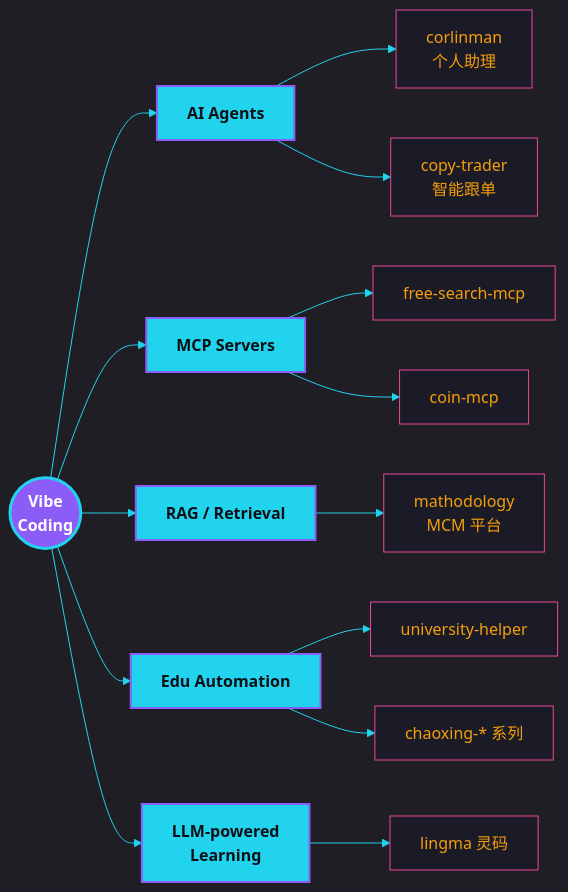
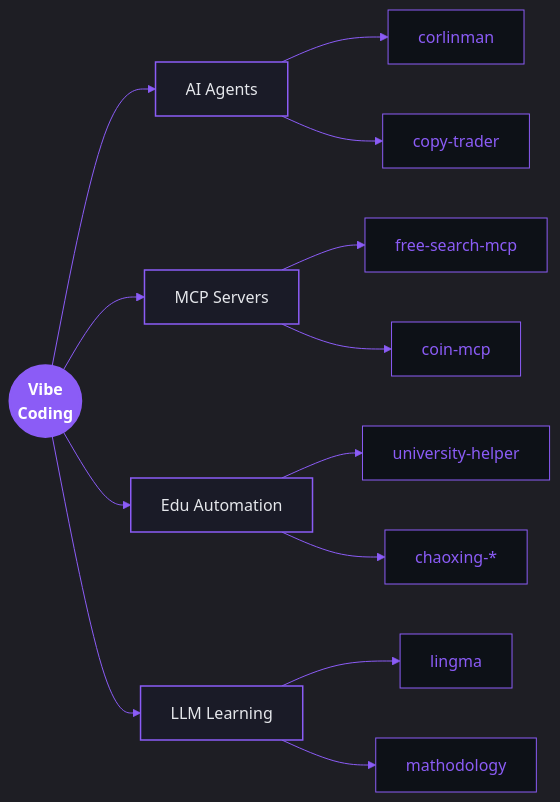
The diagram in README.md (sweetcornna/sweetcornna), drawn with Mermaid before and after one commit. The commit also changed other lines of this file and 5 other files, not shown here.

````diff
--- a/README.md
+++ b/README.md
@@ -87,22 +72,21 @@
 ```mermaid
-%%{init: {'theme':'dark', 'themeVariables': {'primaryColor':'#1A1B27','primaryTextColor':'#E5E7EB','primaryBorderColor':'#8B5CF6','lineColor':'#22D3EE','tertiaryColor':'#0D1117'}}}%%
+%%{init: {'theme':'dark', 'themeVariables': {'primaryColor':'#0D1117','primaryTextColor':'#E5E7EB','primaryBorderColor':'#8B5CF6','lineColor':'#8B5CF6','tertiaryColor':'#0D1117','fontFamily':'Space Grotesk'}}}%%
 graph LR
     V((Vibe<br/>Coding)):::core
     V --> A[AI Agents]:::ai
     V --> M[MCP Servers]:::ai
-    V --> R[RAG / Retrieval]:::ai
-    A --> P1[corlinman<br/>个人助理]:::prj
-    A --> P2[copy-trader<br/>智能跟单]:::prj
+    V --> R[Edu Automation]:::ai
+    A --> P1[corlinman]:::prj
+    A --> P2[copy-trader]:::prj
     M --> P3[free-search-mcp]:::prj
     M --> P4[coin-mcp]:::prj
-    R --> P5[mathodology<br/>MCM 平台]:::prj
-    V --> E[Edu Automation]:::ai
-    E --> P6[university-helper]:::prj
-    E --> P7[chaoxing-* 系列]:::prj
-    V --> L[LLM-powered<br/>Learning]:::ai
-    L --> P8[lingma 灵码]:::prj
+    R --> P5[university-helper]:::prj
+    R --> P6[chaoxing-*]:::prj
+    V --> L[LLM Learning]:::ai
+    L --> P7[lingma]:::prj
+    L --> P8[mathodology]:::prj
 
-    classDef core fill:#8B5CF6,stroke:#22D3EE,stroke-width:3px,color:#fff,font-weight:bold
-    classDef ai fill:#22D3EE,stroke:#8B5CF6,stroke-width:2px,color:#0D1117,font-weight:bold
-    classDef prj fill:#1A1B27,stroke:#EC4899,stroke-width:1px,color:#F59E0B
+    classDef core fill:#8B5CF6,stroke:#8B5CF6,stroke-width:3px,color:#fff,font-weight:bold
+    classDef ai fill:#1A1B27,stroke:#8B5CF6,stroke-width:1.5px,color:#E5E7EB
+    classDef prj fill:#0D1117,stroke:#8B5CF6,stroke-width:1px,color:#8B5CF6
 ```
````
